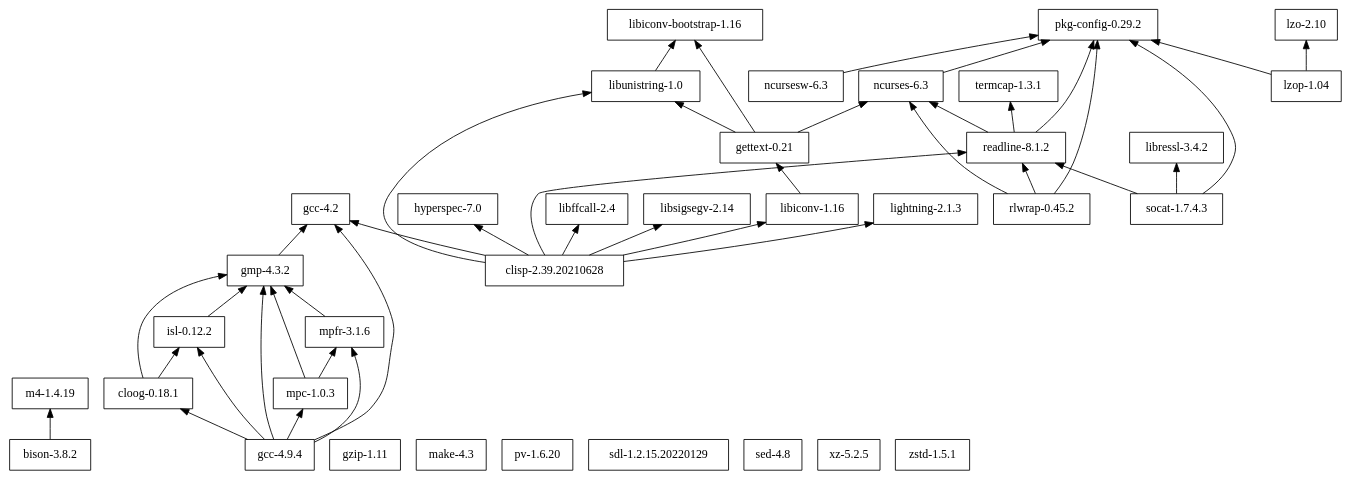
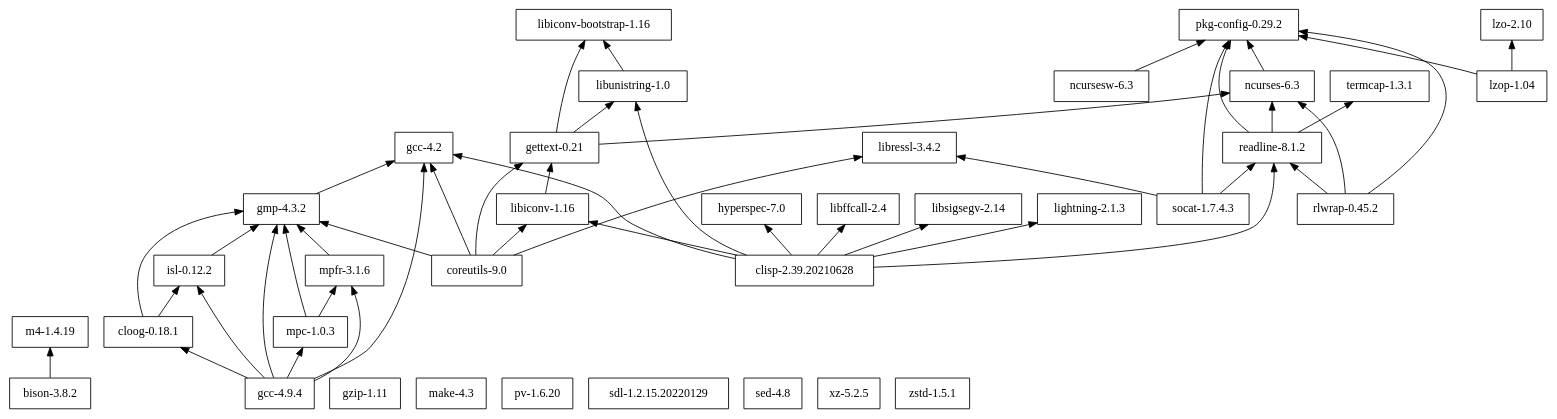
One commit to cellularmitosis/leopard.sh changed the diagram in leopardsh/deps/dependencies.dot. Above: the diagram before and after it, drawn with Graphviz. The commit also changed 16 other files, not shown here.

```diff
--- a/leopardsh/deps/dependencies.dot
+++ b/leopardsh/deps/dependencies.dot
@@ -1,64 +1,69 @@
 digraph mygraph {
 node [shape=box];
 rankdir = BT;
 
 "bison-3.8.2" -> "m4-1.4.19"
 "clisp-2.39.20210628" -> "gcc-4.2"
 "clisp-2.39.20210628" -> "hyperspec-7.0"
 "clisp-2.39.20210628" -> "libiconv-1.16"
 "clisp-2.39.20210628" -> "libffcall-2.4"
 "clisp-2.39.20210628" -> "libsigsegv-2.14"
 "clisp-2.39.20210628" -> "libunistring-1.0"
 "clisp-2.39.20210628" -> "lightning-2.1.3"
 "clisp-2.39.20210628" -> "readline-8.1.2"
 "cloog-0.18.1" -> "gmp-4.3.2"
 "cloog-0.18.1" -> "isl-0.12.2"
+"coreutils-9.0" -> "gcc-4.2"
+"coreutils-9.0" -> "gettext-0.21"
+"coreutils-9.0" -> "gmp-4.3.2"
+"coreutils-9.0" -> "libiconv-1.16"
+"coreutils-9.0" -> "libressl-3.4.2"
 "gcc-4.2"
 "gcc-4.9.4" -> "cloog-0.18.1"
 "gcc-4.9.4" -> "gcc-4.2"
 "gcc-4.9.4" -> "gmp-4.3.2"
 "gcc-4.9.4" -> "isl-0.12.2"
 "gcc-4.9.4" -> "mpc-1.0.3"
 "gcc-4.9.4" -> "mpfr-3.1.6"
 "gettext-0.21" -> "libiconv-bootstrap-1.16"
 "gettext-0.21" -> "libunistring-1.0"
 "gettext-0.21" -> "ncurses-6.3"
 "gmp-4.3.2" -> "gcc-4.2"
 "gzip-1.11"
 "hyperspec-7.0"
 "isl-0.12.2" -> "gmp-4.3.2"
 "libffcall-2.4"
 "libiconv-1.16" -> "gettext-0.21"
 "libiconv-bootstrap-1.16"
 "libressl-3.4.2"
 "libsigsegv-2.14"
 "libunistring-1.0" -> "libiconv-bootstrap-1.16"
 "lightning-2.1.3"
 "lzo-2.10"
 "lzop-1.04" -> "lzo-2.10"
 "lzop-1.04" -> "pkg-config-0.29.2"
 "m4-1.4.19"
 "make-4.3"
 "mpc-1.0.3" -> "gmp-4.3.2"
 "mpc-1.0.3" -> "mpfr-3.1.6"
 "mpfr-3.1.6" -> "gmp-4.3.2"
 "ncurses-6.3" -> "pkg-config-0.29.2"
 "ncursesw-6.3" -> "pkg-config-0.29.2"
 "pkg-config-0.29.2"
 "pv-1.6.20"
 "readline-8.1.2" -> "ncurses-6.3"
 "readline-8.1.2" -> "pkg-config-0.29.2"
 "readline-8.1.2" -> "termcap-1.3.1"
 "rlwrap-0.45.2" -> "ncurses-6.3"
 "rlwrap-0.45.2" -> "pkg-config-0.29.2"
 "rlwrap-0.45.2" -> "readline-8.1.2"
 "sdl-1.2.15.20220129"
 "sed-4.8"
 "socat-1.7.4.3" -> "libressl-3.4.2"
 "socat-1.7.4.3" -> "pkg-config-0.29.2"
 "socat-1.7.4.3" -> "readline-8.1.2"
 "termcap-1.3.1"
 "xz-5.2.5"
 "zstd-1.5.1"
 
 }
```
